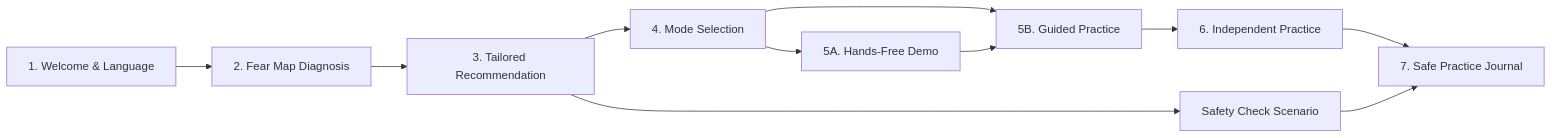
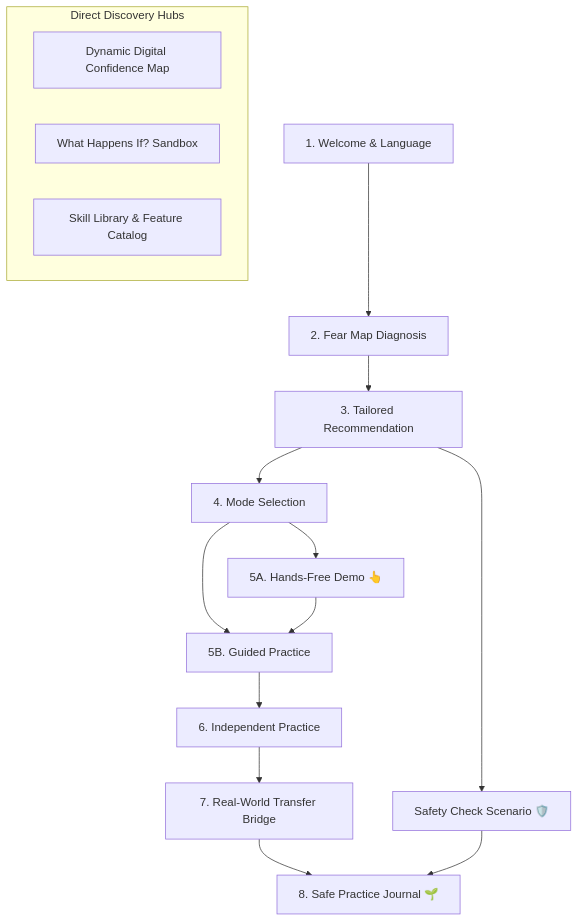
The second of 3 diagrams in UNSTUCK_Comprehensive_App_Summary.md (zkestroyer/Unstuck), drawn with Mermaid before and after one commit. The commit also changed other lines of this file and 24 other files, not shown here.

````diff
--- a/UNSTUCK_Comprehensive_App_Summary.md
+++ b/UNSTUCK_Comprehensive_App_Summary.md
@@ -50,13 +55,20 @@
 ```mermaid
-flowchart LR
+flowchart TD
     S1[1. Welcome & Language] --> S2[2. Fear Map Diagnosis]
     S2 --> S3[3. Tailored Recommendation]
     S3 --> S4[4. Mode Selection]
-    S4 --> S5A[5A. Hands-Free Demo]
+    S4 --> S5A[5A. Hands-Free Demo 👆]
     S4 --> S5B[5B. Guided Practice]
     S5A --> S5B
     S5B --> S6[6. Independent Practice]
-    S6 --> S7[7. Safe Practice Journal]
-    S3 --> S8[Safety Check Scenario]
-    S8 --> S7
+    S6 --> S7[7. Real-World Transfer Bridge]
+    S7 --> S8[8. Safe Practice Journal 🌱]
+    S3 --> S9[Safety Check Scenario 🛡️]
+    S9 --> S8
+
+    subgraph Direct Discovery Hubs
+        CM[Dynamic Digital Confidence Map]
+        EXP[What Happens If? Sandbox]
+        LIB[Skill Library & Feature Catalog]
+    end
 ```
````
